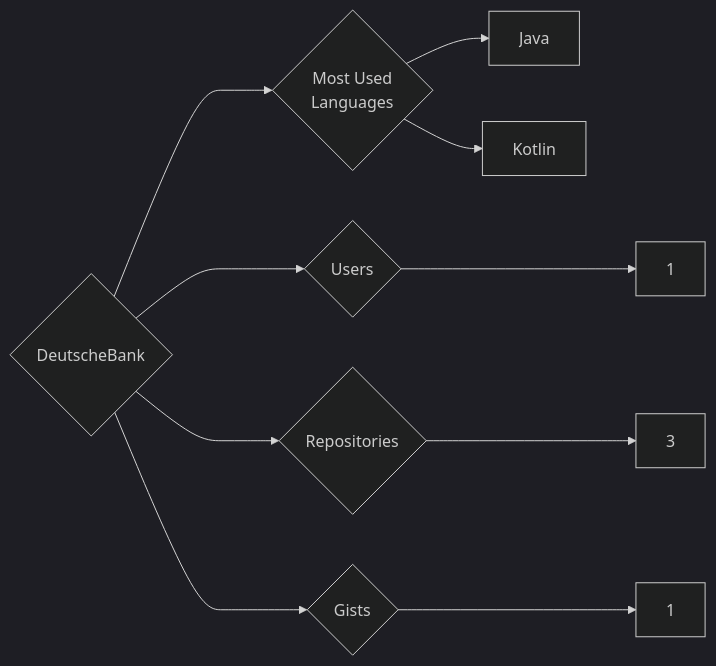
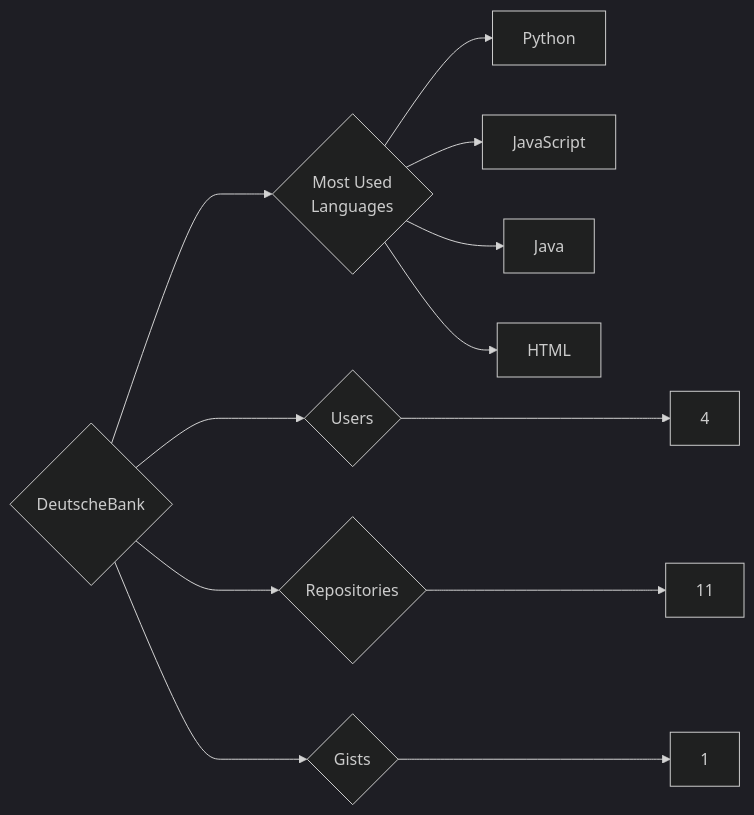
The diagram in targets/DeutscheBank/README.md (trickest/insiders), drawn with Mermaid (dark theme) before and after one commit. The commit also changed 1175 other files, not shown here.

````diff
--- a/targets/DeutscheBank/README.md
+++ b/targets/DeutscheBank/README.md
@@ -3,10 +3,12 @@
 ```mermaid
 graph LR
 COMPANY_NAME{DeutscheBank}
-COMPANY_NAME ---> U{Users} ---> UN[1]
-COMPANY_NAME ---> R{Repositories} ---> RN[3]
+COMPANY_NAME ---> U{Users} ---> UN[4]
+COMPANY_NAME ---> R{Repositories} ---> RN[11]
 COMPANY_NAME ---> G{Gists} ---> GN[1]
 COMPANY_NAME ---> ML{Most Used<br>Languages}
+ML --> Python[Python]
+ML --> JavaScript[JavaScript]
 ML --> Java[Java]
-ML --> Kotlin[Kotlin]
+ML --> HTML[HTML]
 ```
````
